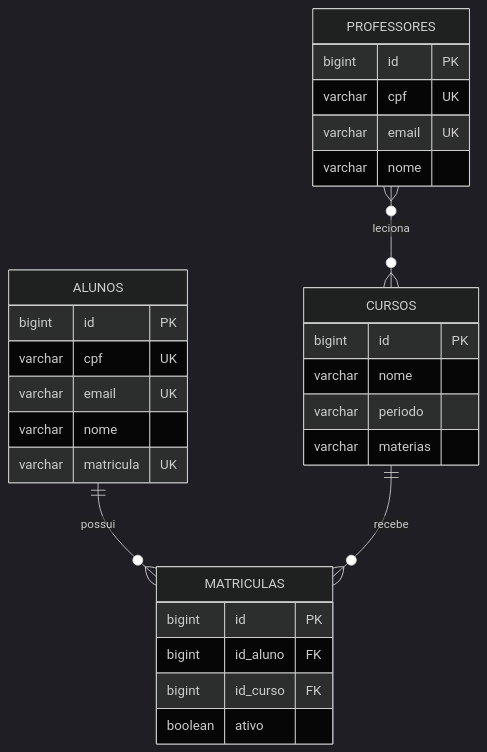
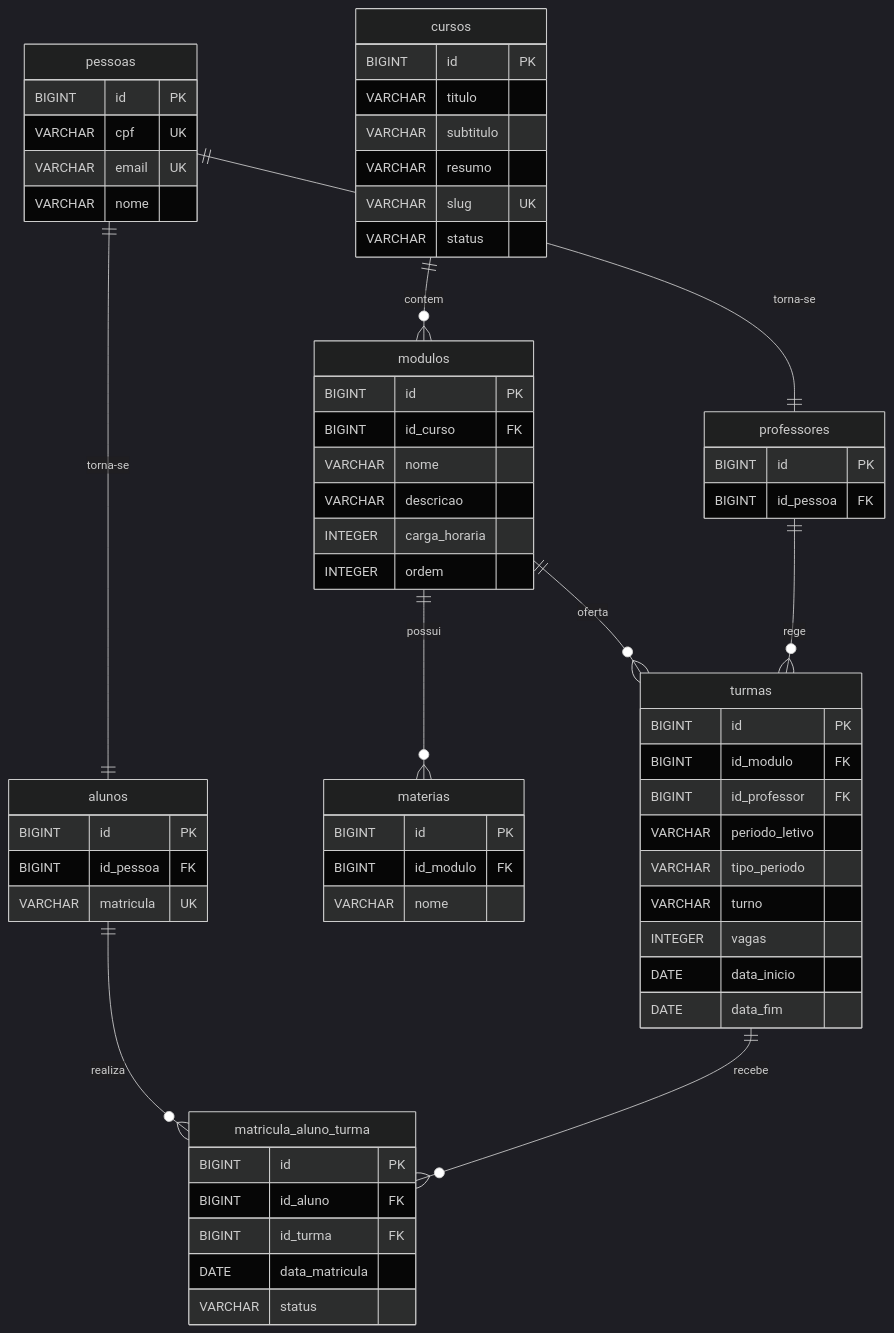
One commit to LaurenceFluciano/cursos-online-api changed the diagram in api-curso-online/docs/modelo-de-dominio.md. Above: the diagram before and after it, drawn with Mermaid (dark theme). The commit also changed other lines of this file and 1 other file, not shown here.

First line of the commit message:
docs(dominio): modularizar curso e definir relacionamentos

````diff
--- a/api-curso-online/docs/modelo-de-dominio.md
+++ b/api-curso-online/docs/modelo-de-dominio.md
@@ -88,35 +124,74 @@
 ```mermaid
 erDiagram
-    ALUNOS ||--o{ MATRICULAS : "possui"
-    CURSOS ||--o{ MATRICULAS : "recebe"
-    PROFESSORES }o--o{ CURSOS : "leciona"
-
-    ALUNOS {
-        bigint id PK
-        varchar cpf UK
-        varchar email UK
-        varchar nome
-        varchar matricula UK
+    pessoas {
+        BIGINT id PK
+        VARCHAR cpf UK
+        VARCHAR email UK
+        VARCHAR nome
     }
 
-    PROFESSORES {
-        bigint id PK
-        varchar cpf UK
-        varchar email UK
-        varchar nome
+    alunos {
+        BIGINT id PK
+        BIGINT id_pessoa FK
+        VARCHAR matricula UK
     }
 
-    CURSOS {
-        bigint id PK
-        varchar nome
-        varchar periodo
-        varchar materias
+    professores {
+        BIGINT id PK
+        BIGINT id_pessoa FK
     }
 
-    MATRICULAS {
-        bigint id PK
-        bigint id_aluno FK
-        bigint id_curso FK
-        boolean ativo
+    cursos {
+        BIGINT id PK
+        VARCHAR titulo
+        VARCHAR subtitulo
+        VARCHAR resumo
+        VARCHAR slug UK
+        VARCHAR status
     }
+
+    modulos {
+        BIGINT id PK
+        BIGINT id_curso FK
+        VARCHAR nome
+        VARCHAR descricao
+        INTEGER carga_horaria
+        INTEGER ordem
+    }
+
+    materias {
+        BIGINT id PK
+        BIGINT id_modulo FK
+        VARCHAR nome
+    }
+
+    turmas {
+        BIGINT id PK
+        BIGINT id_modulo FK
+        BIGINT id_professor FK
+        VARCHAR periodo_letivo
+        VARCHAR tipo_periodo
+        VARCHAR turno
+        INTEGER vagas
+        DATE data_inicio
+        DATE data_fim
+    }
+
+    matricula_aluno_turma {
+        BIGINT id PK
+        BIGINT id_aluno FK
+        BIGINT id_turma FK
+        DATE data_matricula
+        VARCHAR status
+    }
+
+    pessoas ||--|| alunos : "torna-se"
+    pessoas ||--|| professores : "torna-se"
+    cursos ||--o{ modulos : "contem"
+    modulos ||--o{ materias : "possui"
+    modulos ||--o{ turmas : "oferta"
+    professores ||--o{ turmas : "rege"
+    alunos ||--o{ matricula_aluno_turma : "realiza"
+    turmas ||--o{ matricula_aluno_turma : "recebe"
+
 ```
````
